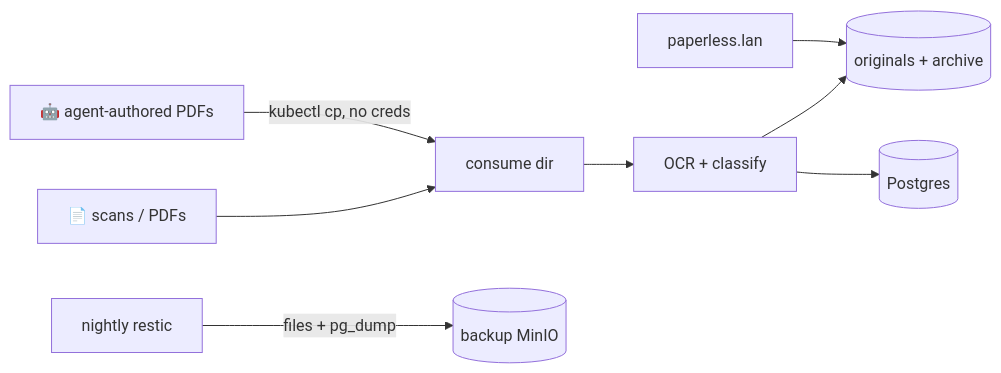
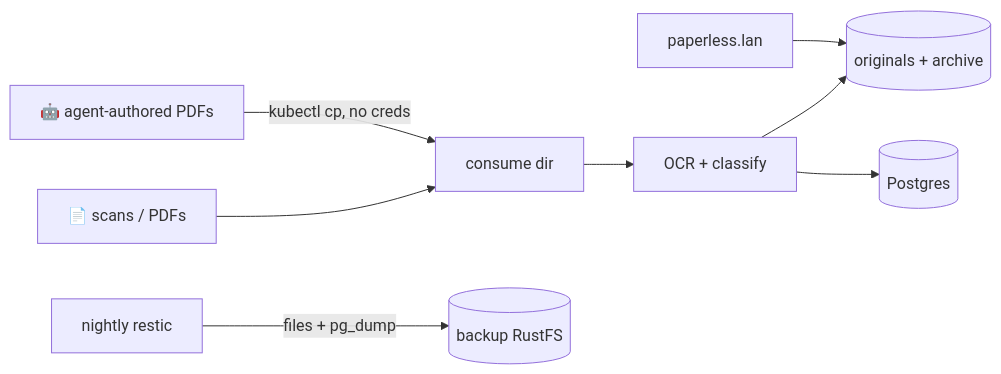
The diagram in docs-site/docs/media/paperless.md (briancaffey/home-lab), drawn with Mermaid before and after one commit. The commit also changed 28 other files, not shown here.

````diff
--- a/docs-site/docs/media/paperless.md
+++ b/docs-site/docs/media/paperless.md
@@ -35,10 +35,10 @@
 ```mermaid
 flowchart LR
     SCAN[📄 scans / PDFs] --> CONSUME[consume dir]
     AGENT[🤖 agent-authored PDFs] -->|kubectl cp, no creds| CONSUME
     CONSUME --> OCR[OCR + classify]
     OCR --> MEDIA[(originals + archive)]
     OCR --> PG[(Postgres)]
-    RESTIC[nightly restic] -->|files + pg_dump| MINIO[(backup MinIO)]
+    RESTIC[nightly restic] -->|files + pg_dump| S3[(backup RustFS)]
     UI[paperless.lan] --> MEDIA
 ```
````
